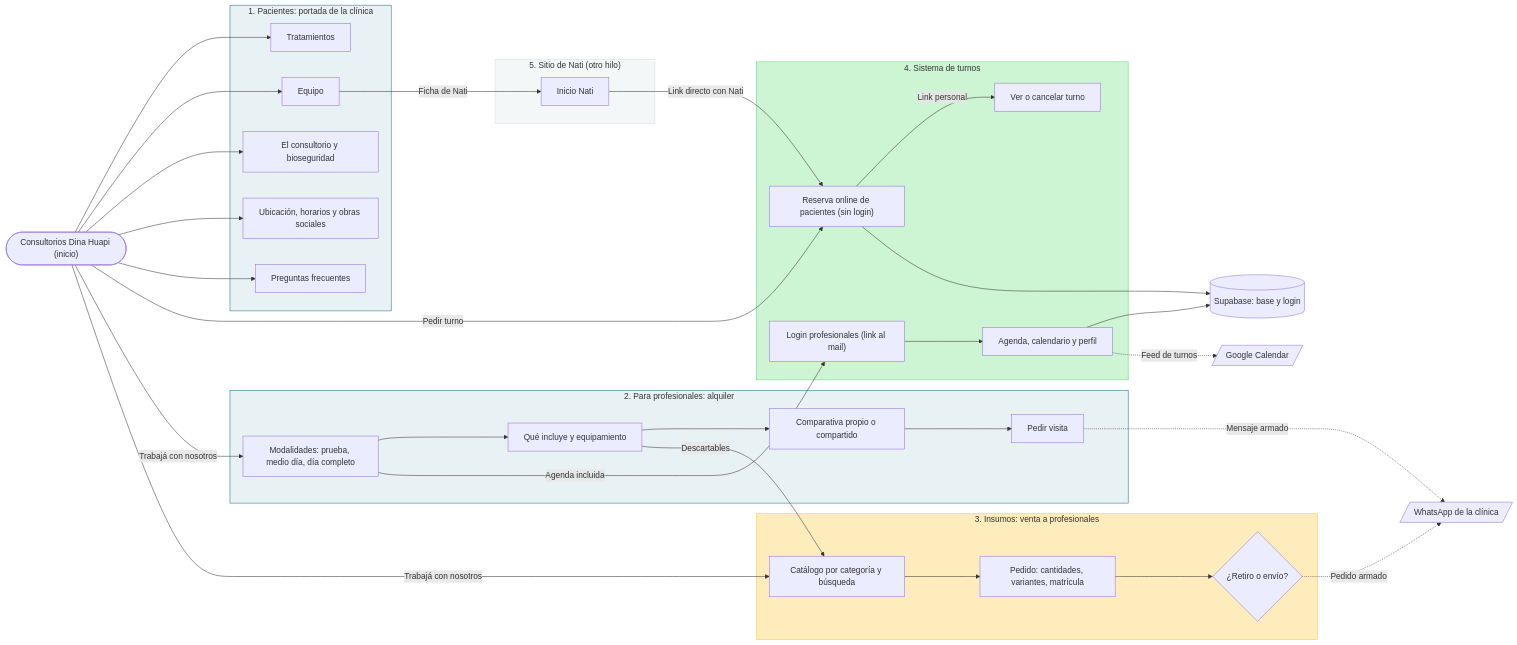
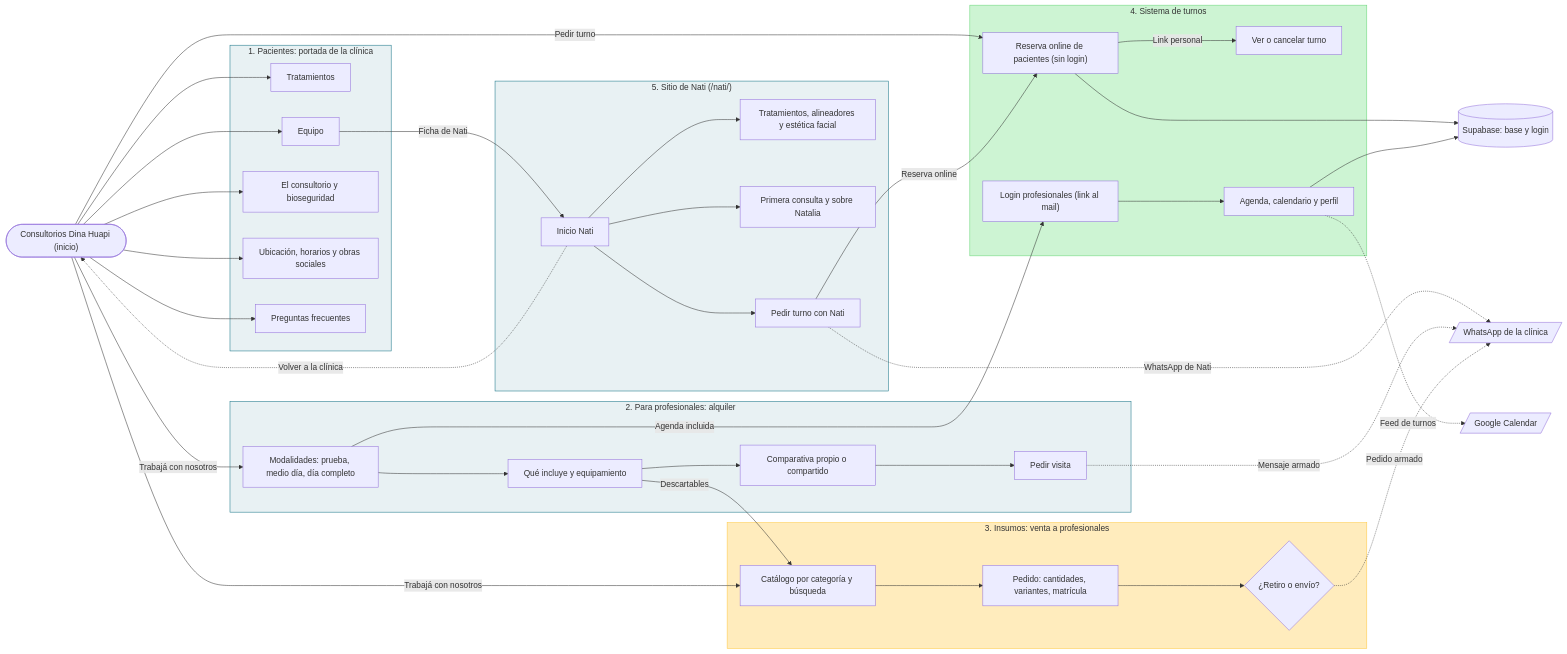
Before and after one commit to santiagojdv/consultorios-dina-huapi: the diagram in docs/mapa-del-sitio.md, drawn with Mermaid. The commit also changed other lines of this file and 1 other file, not shown here.

Commit message:
Sitio de Nati: documento HTML completo y mapa del sitio actualizado
Claude-Session: https://claude.ai/code/session_01JumFwoXQsERbmUMm6X5iSC

````diff
--- a/docs/mapa-del-sitio.md
+++ b/docs/mapa-del-sitio.md
@@ -17,67 +17,73 @@
 ```mermaid
 flowchart LR
     dominio(["Consultorios Dina Huapi (inicio)"])
 
     subgraph s1 ["1. Pacientes: portada de la clínica"]
         c1Trat["Tratamientos"]
         c1Equipo["Equipo"]
         c1Lugar["El consultorio y bioseguridad"]
         c1Ubic["Ubicación, horarios y obras sociales"]
         c1Faq["Preguntas frecuentes"]
     end
 
     subgraph s2 ["2. Para profesionales: alquiler"]
         p2Mod["Modalidades: prueba, medio día, día completo"]
         p2Incl["Qué incluye y equipamiento"]
         p2Comp["Comparativa propio o compartido"]
         p2Visita["Pedir visita"]
     end
 
     subgraph s3 ["3. Insumos: venta a profesionales"]
         i3Cat["Catálogo por categoría y búsqueda"]
         i3Pedido["Pedido: cantidades, variantes, matrícula"]
         i3Entrega{"¿Retiro o envío?"}
     end
 
     subgraph s4 ["4. Sistema de turnos"]
         t4Reserva["Reserva online de pacientes (sin login)"]
         t4Cancel["Ver o cancelar turno"]
         t4Login["Login profesionales (link al mail)"]
         t4Agenda["Agenda, calendario y perfil"]
     end
 
-    subgraph s5 ["5. Sitio de Nati (otro hilo)"]
+    subgraph s5 ["5. Sitio de Nati (/nati/)"]
         n5Home["Inicio Nati"]
+        n5Trat["Tratamientos, alineadores y estética facial"]
+        n5Sobre["Primera consulta y sobre Natalia"]
+        n5Cta["Pedir turno con Nati"]
     end
 
     wa[/"WhatsApp de la clínica"/]
     db[("Supabase: base y login")]
     gcal[/"Google Calendar"/]
 
     dominio --> c1Trat & c1Equipo & c1Lugar & c1Ubic & c1Faq
     dominio -->|"Pedir turno"| t4Reserva
     dominio -->|"Trabajá con nosotros"| p2Mod
     dominio -->|"Trabajá con nosotros"| i3Cat
     c1Equipo -->|"Ficha de Nati"| n5Home
-    n5Home -->|"Link directo con Nati"| t4Reserva
+    n5Home --> n5Trat & n5Sobre & n5Cta
+    n5Cta -->|"Reserva online"| t4Reserva
+    n5Cta -.->|"WhatsApp de Nati"| wa
+    n5Home -.->|"Volver a la clínica"| dominio
 
     p2Mod --> p2Incl --> p2Comp --> p2Visita
     p2Visita -.->|"Mensaje armado"| wa
     p2Incl -->|"Descartables"| i3Cat
     p2Mod -->|"Agenda incluida"| t4Login
 
     i3Cat --> i3Pedido --> i3Entrega
     i3Entrega -.->|"Pedido armado"| wa
 
     t4Reserva -->|"Link personal"| t4Cancel
     t4Login --> t4Agenda
     t4Reserva --> db
     t4Agenda --> db
     t4Agenda -.->|"Feed de turnos"| gcal
 
     style s1 fill:#E8F1F3,stroke:#127285
     style s2 fill:#E8F1F3,stroke:#127285
     style s3 fill:#FFECBD,stroke:#FFC943
     style s4 fill:#CDF4D3,stroke:#66D575
-    style s5 fill:#F4F7F8,stroke:#D5DDE2
+    style s5 fill:#E8F1F3,stroke:#127285
 ```
````
